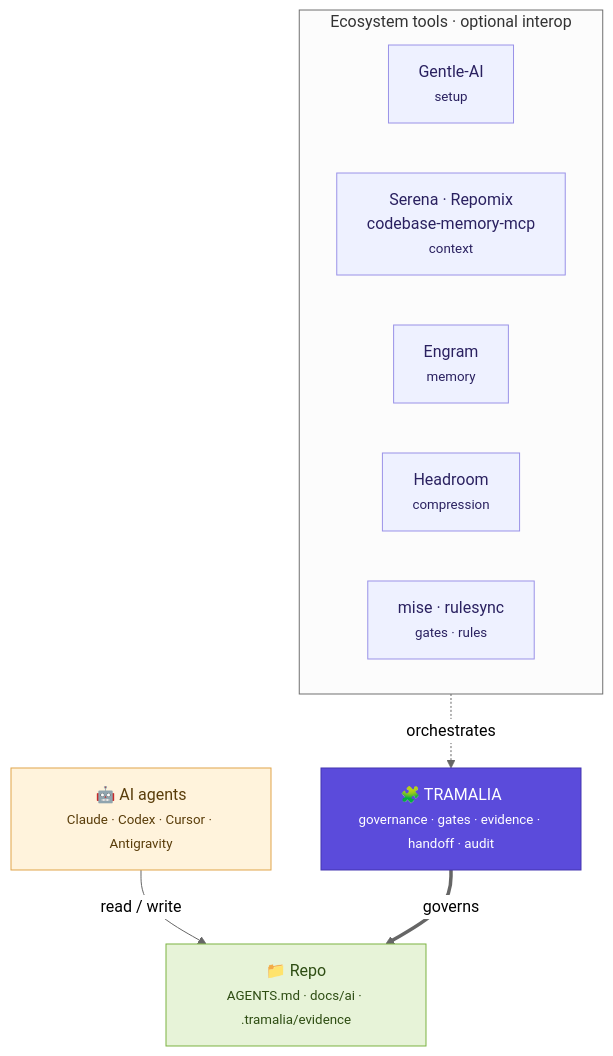
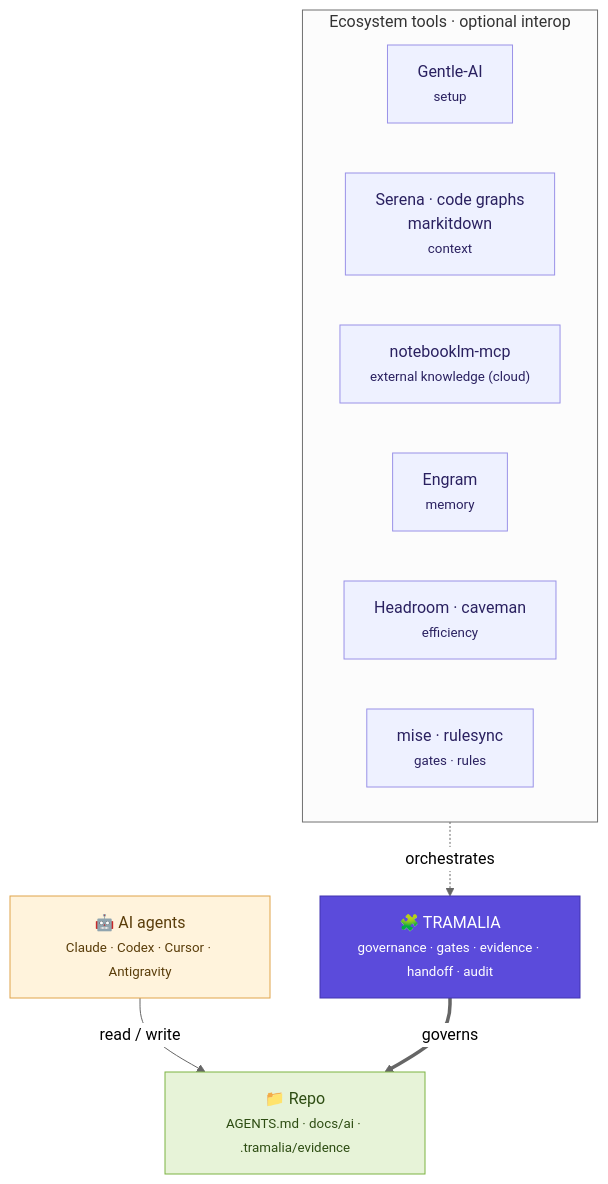
One commit to MscottB/tramalia changed the diagram in docs/index.en.md. Above: the diagram before and after it, drawn with Mermaid (neutral theme). The commit also changed other lines of this file and 21 other files, not shown here.

First line of the commit message:
docs: revisión completa — reflejar CodeGraph/Graphify/markitdown/notebooklm-mcp, i18n, horizontes y guardia de init

````diff
--- a/docs/index.en.md
+++ b/docs/index.en.md
@@ -50,25 +50,26 @@
 ```mermaid
 flowchart TB
     classDef core fill:#5b4bdb,stroke:#4335b0,color:#ffffff;
     classDef sat  fill:#eef1ff,stroke:#9a92e8,color:#2a2160;
     classDef repo fill:#e7f3d8,stroke:#7cb342,color:#2e4d13;
     classDef agent fill:#fff3dc,stroke:#e0a44a,color:#5a3d0a;
 
     AG["🤖 AI agents<br/><small>Claude · Codex · Cursor · Antigravity</small>"]:::agent
 
     subgraph TOOLS["Ecosystem tools · optional interop"]
       direction LR
       GA["Gentle-AI<br/><small>setup</small>"]:::sat
-      CX["Serena · Repomix<br/>codebase-memory-mcp<br/><small>context</small>"]:::sat
+      CX["Serena · code graphs<br/>markitdown<br/><small>context</small>"]:::sat
+      KN["notebooklm-mcp<br/><small>external knowledge (cloud)</small>"]:::sat
       EN["Engram<br/><small>memory</small>"]:::sat
-      HR["Headroom<br/><small>compression</small>"]:::sat
+      HR["Headroom · caveman<br/><small>efficiency</small>"]:::sat
       MR["mise · rulesync<br/><small>gates · rules</small>"]:::sat
     end
 
     T["🧩 TRAMALIA<br/><small>governance · gates · evidence · handoff · audit</small>"]:::core
     R["📁 Repo<br/><small>AGENTS.md · docs/ai · .tramalia/evidence</small>"]:::repo
 
     AG -->|read / write| R
     TOOLS -. orchestrates .-> T
     T ==>|governs| R
 ```
````
